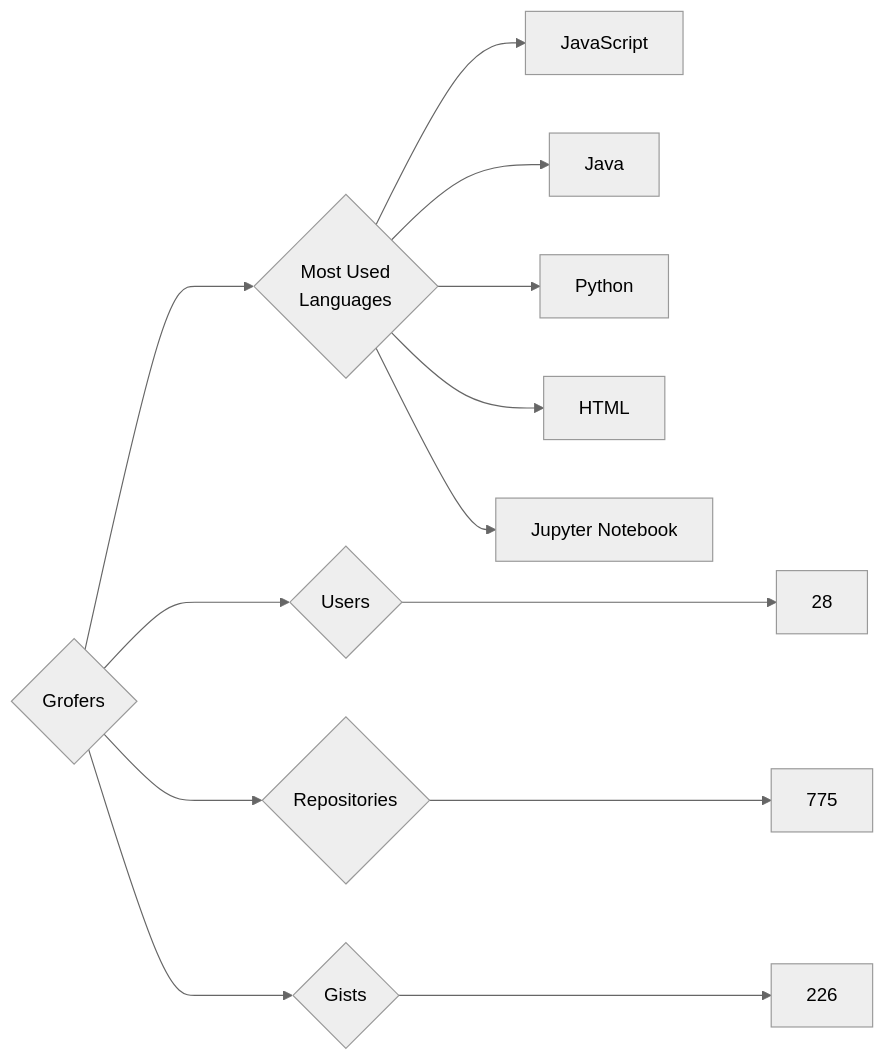
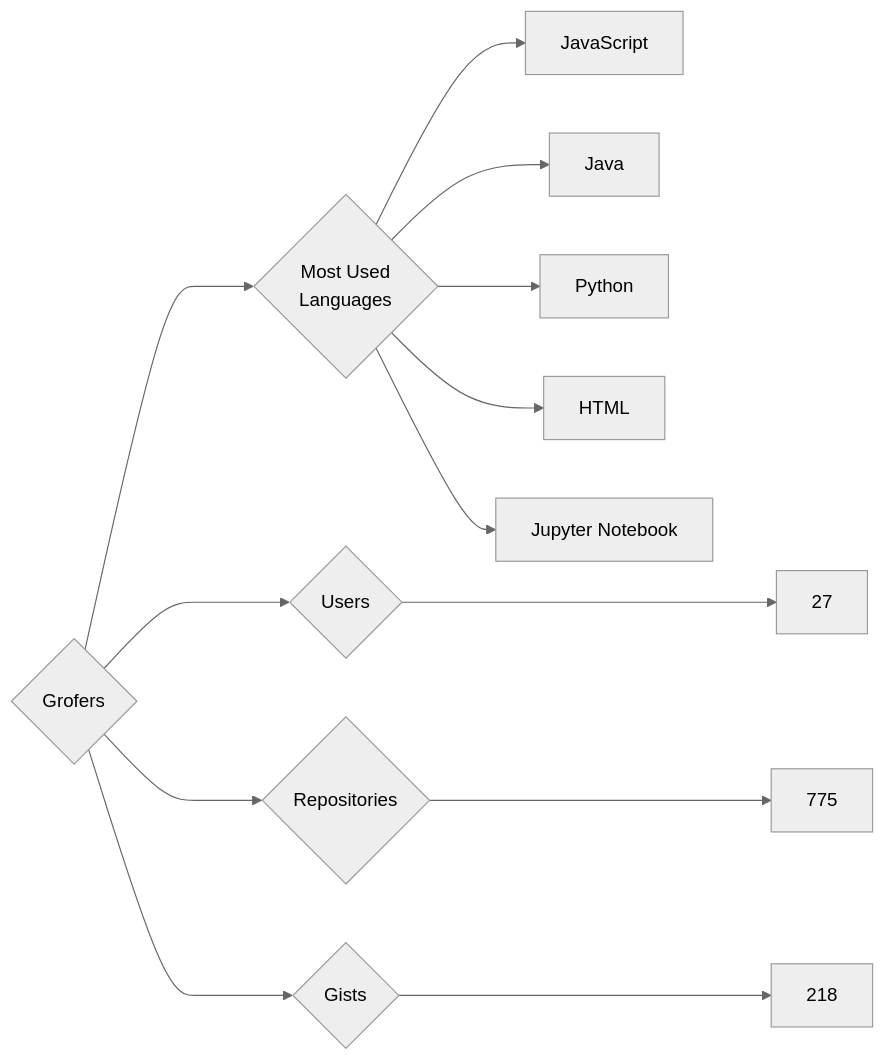
One commit to trickest/insiders changed the diagram in targets/Grofers/README.md. Above: the diagram before and after it, drawn with Mermaid (neutral theme). The commit also changed 934 other files, not shown here.

````diff
--- a/targets/Grofers/README.md
+++ b/targets/Grofers/README.md
@@ -3,13 +3,13 @@
 ```mermaid
 graph LR
 COMPANY_NAME{Grofers}
-COMPANY_NAME ---> U{Users} ---> UN[28]
+COMPANY_NAME ---> U{Users} ---> UN[27]
 COMPANY_NAME ---> R{Repositories} ---> RN[775]
-COMPANY_NAME ---> G{Gists} ---> GN[226]
+COMPANY_NAME ---> G{Gists} ---> GN[218]
 COMPANY_NAME ---> ML{Most Used<br>Languages}
 ML --> JavaScript[JavaScript]
 ML --> Java[Java]
 ML --> Python[Python]
 ML --> HTML[HTML]
 ML --> Jupyter_Notebook[Jupyter Notebook]
 ```
````
